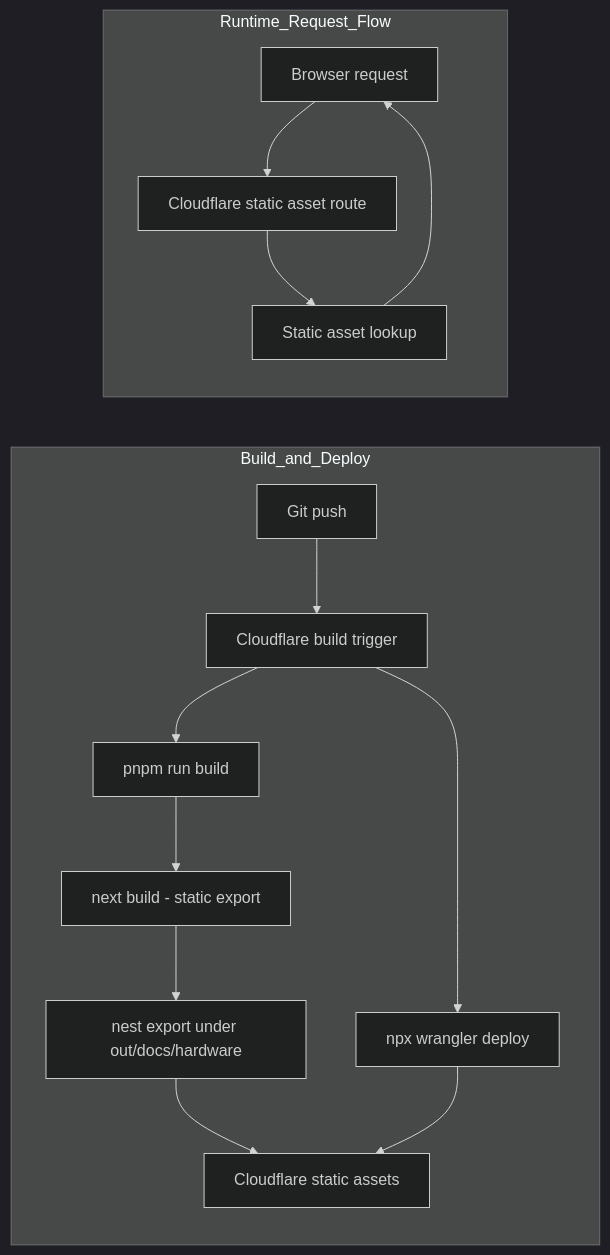
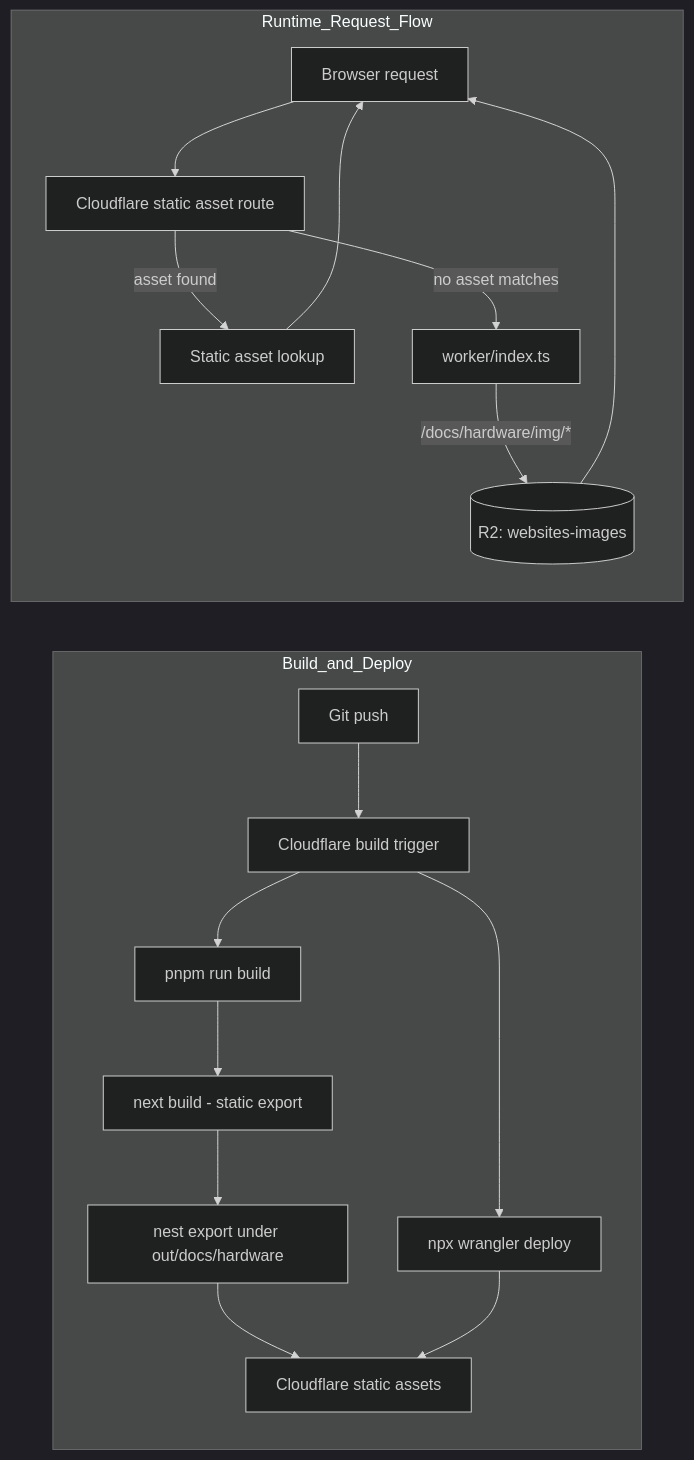
The diagram in README.md (absmach/hardware-docs), drawn with Mermaid (dark theme) before and after one commit. The commit also changed other lines of this file and 67 other files, not shown here.

````diff
--- a/README.md
+++ b/README.md
@@ -35,18 +42,21 @@
 ```mermaid
 flowchart LR
   subgraph Build_and_Deploy
     A[Git push] --> B[Cloudflare build trigger]
     B --> C[pnpm run build]
     C --> D[next build - static export]
     D --> E[nest export under out/docs/hardware]
     B --> F[npx wrangler deploy]
     E --> G[Cloudflare static assets]
     F --> G
   end
 
   subgraph Runtime_Request_Flow
     U[Browser request] --> H[Cloudflare static asset route]
-    H --> J[Static asset lookup]
+    H -->|asset found| J[Static asset lookup]
+    H -->|no asset matches| K[worker/index.ts]
+    K -->|"/docs/hardware/img/*"| R[(R2: websites-images)]
     J --> U
+    R --> U
   end
 ```
````
